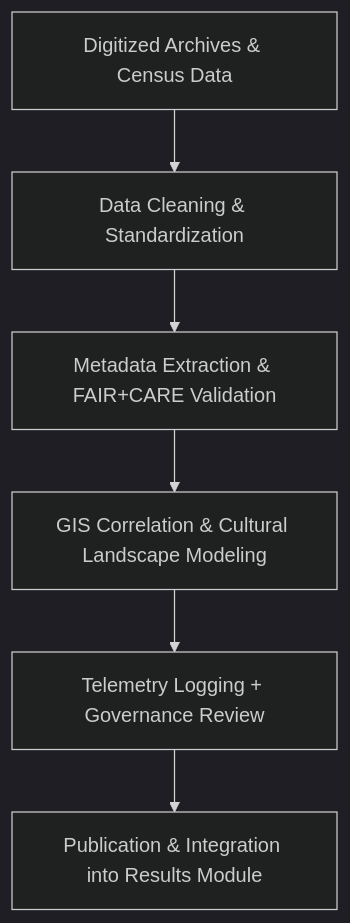
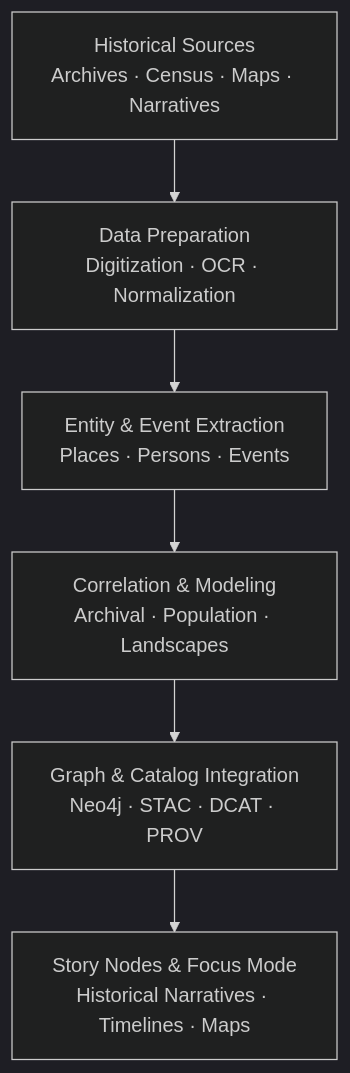
One commit to bartytime4life/Kansas-Frontier-Matrix changed the diagram in docs/analyses/historical/methods/README.md. Above: the diagram before and after it, drawn with Mermaid (dark theme). The commit also changed other lines of this file, not shown here.

````diff
--- a/docs/analyses/historical/methods/README.md
+++ b/docs/analyses/historical/methods/README.md
@@ -80,8 +233,9 @@
 ```mermaid
 flowchart TD
-  A["Digitized Archives & Census Data"] --> B["Data Cleaning & Standardization"]
-  B --> C["Metadata Extraction & FAIR+CARE Validation"]
-  C --> D["GIS Correlation & Cultural Landscape Modeling"]
-  D --> E["Telemetry Logging + Governance Review"]
-  E --> F["Publication & Integration into Results Module"]
+    A["Historical Sources<br/>Archives · Census · Maps · Narratives"]
+        --> B["Data Preparation<br/>Digitization · OCR · Normalization"]
+    B --> C["Entity & Event Extraction<br/>Places · Persons · Events"]
+    C --> D["Correlation & Modeling<br/>Archival · Population · Landscapes"]
+    D --> E["Graph & Catalog Integration<br/>Neo4j · STAC · DCAT · PROV"]
+    E --> F["Story Nodes & Focus Mode<br/>Historical Narratives · Timelines · Maps"]
 ```
````
